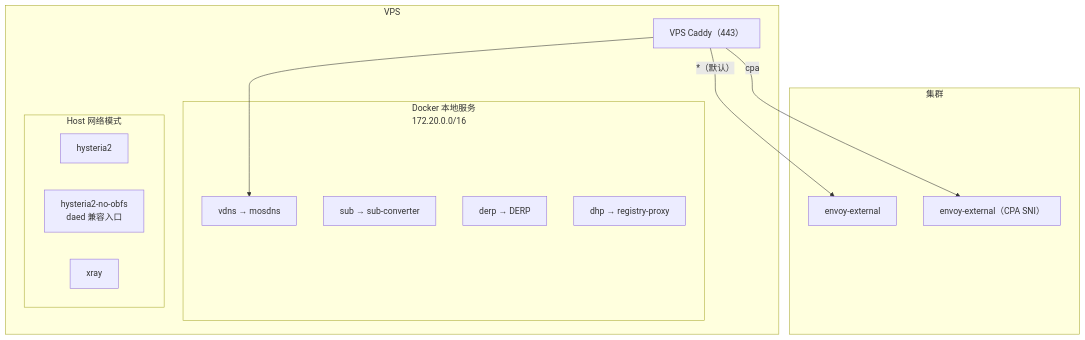
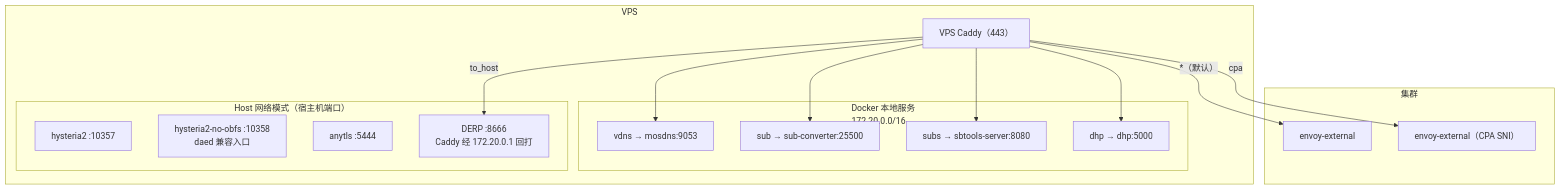
One commit to shelken/home-ops changed the sixth of 9 diagrams in docs/ARCHITECTURE.md. Above: the diagram before and after it, drawn with Mermaid. The commit also changed other lines of this file and 1 other file, not shown here.

````diff
--- a/docs/ARCHITECTURE.md
+++ b/docs/ARCHITECTURE.md
@@ -287,28 +292,33 @@
 ```mermaid
 graph TB
     subgraph VPS["VPS"]
         Caddy["VPS Caddy（443）"]
 
         subgraph LOCAL["Docker 本地服务<br/>172.20.0.0/16"]
-            mosdns["vdns → mosdns"]
-            subconv["sub → sub-converter"]
-            derp["derp → DERP"]
-            dhp["dhp → registry-proxy"]
+            mosdns["vdns → mosdns:9053"]
+            subconv["sub → sub-converter:25500"]
+            sbtools["subs → sbtools-server:8080"]
+            dhp["dhp → dhp:5000"]
         end
 
-        subgraph HOST["Host 网络模式"]
-            hysteria2["hysteria2"]
-            hysteria2_no_obfs["hysteria2-no-obfs<br/>daed 兼容入口"]
-            xray["xray"]
+        subgraph HOST["Host 网络模式（宿主机端口）"]
+            hysteria2["hysteria2 :10357"]
+            hysteria2_no_obfs["hysteria2-no-obfs :10358<br/>daed 兼容入口"]
+            anytls["anytls :5444"]
+            derp["DERP :8666<br/>Caddy 经 172.20.0.1 回打"]
         end
     end
 
     subgraph CLUSTER["集群"]
         Envoy["envoy-external"]
         Envoy_CPA["envoy-external（CPA SNI）"]
     end
 
     Caddy -->|"cpa"| Envoy_CPA
     Caddy -->|"*（默认）"| Envoy
     Caddy --> mosdns
+    Caddy --> subconv
+    Caddy --> sbtools
+    Caddy --> dhp
+    Caddy -->|"to_host"| derp
 ```
````
